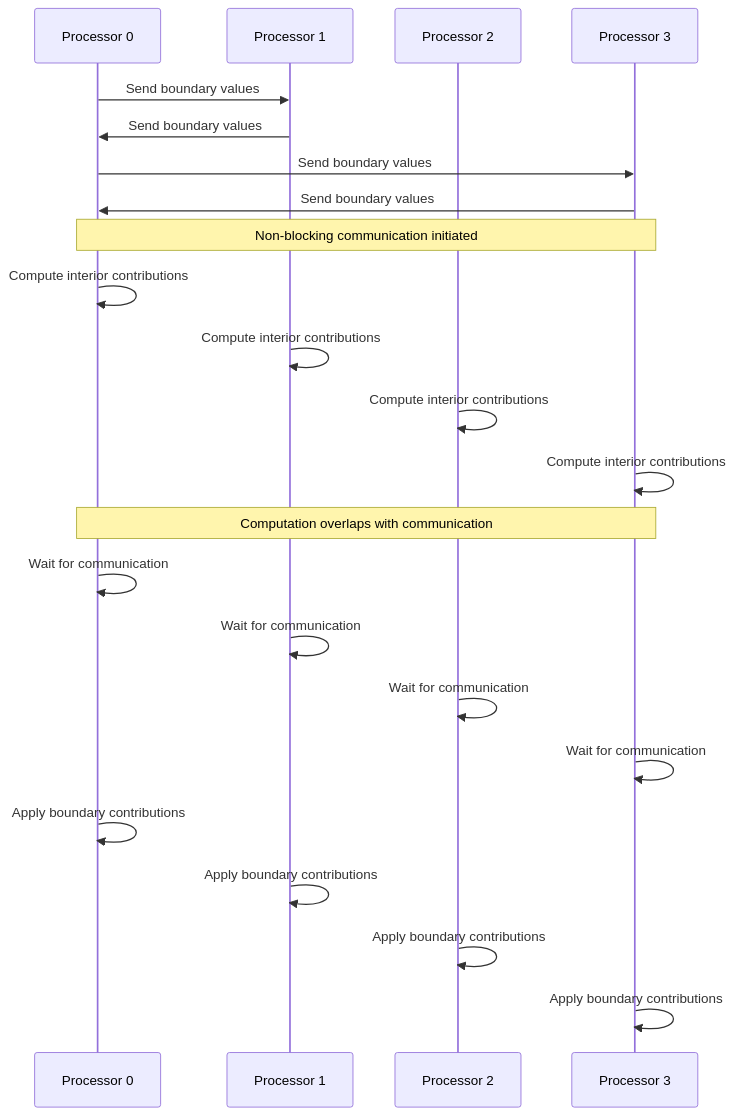
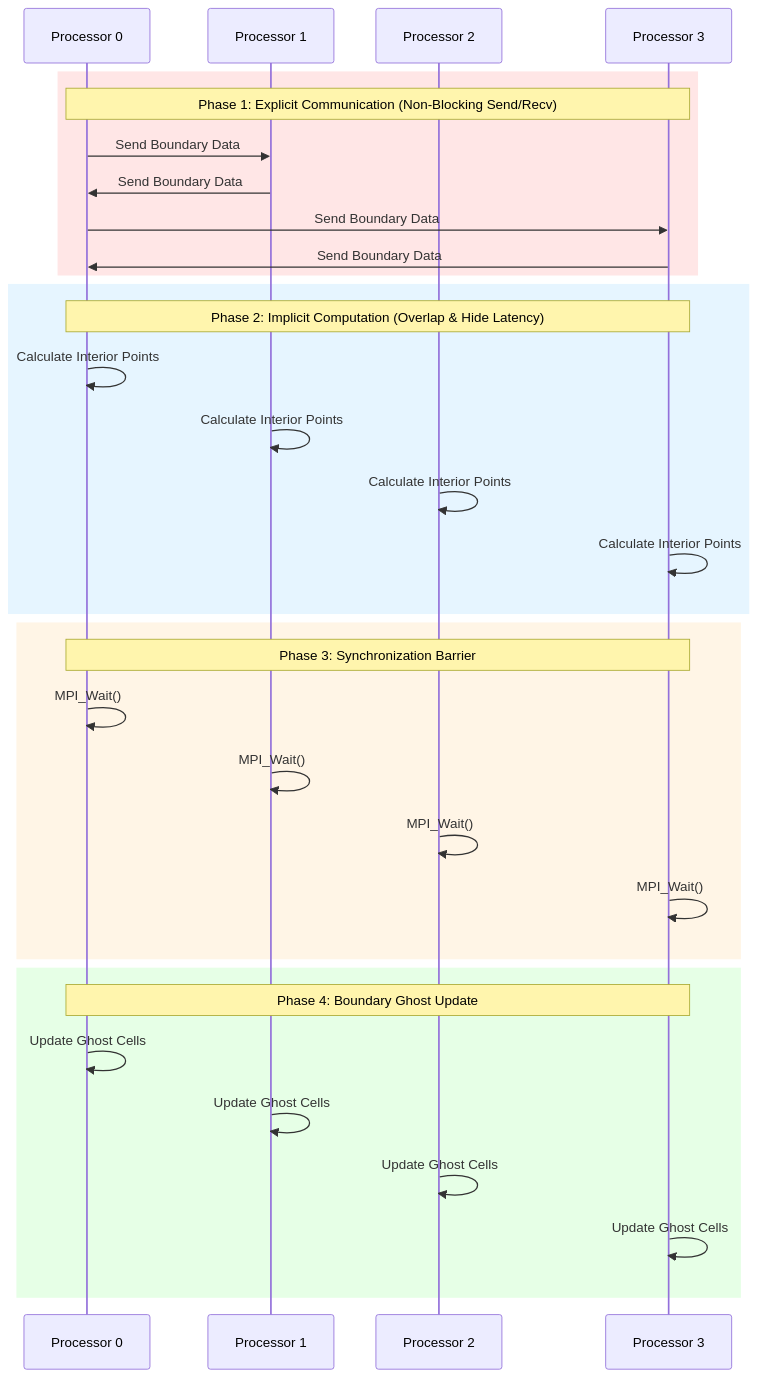
One commit to wramet/build-my-cfd changed the fourth of 5 diagrams in MODULE_05_OPENFOAM_PROGRAMMING/CONTENT/06_MATRICES_LINEARALGEBRA/05_Parallel_Linear_Algebra.md. Above: the diagram before and after it, drawn with Mermaid. The commit also changed other lines of this file and 313 other files, not shown here.

Commit message:
Revise all diagram

````diff
--- a/MODULE_05_OPENFOAM_PROGRAMMING/CONTENT/06_MATRICES_LINEARALGEBRA/05_Parallel_Linear_Algebra.md
+++ b/MODULE_05_OPENFOAM_PROGRAMMING/CONTENT/06_MATRICES_LINEARALGEBRA/05_Parallel_Linear_Algebra.md
@@ -759,31 +784,39 @@
 ```mermaid
 sequenceDiagram
-    participant P0 as Processor 0
-    participant P1 as Processor 1
-    participant P2 as Processor 2
-    participant P3 as Processor 3
+participant P0 as Processor 0
+participant P1 as Processor 1
+participant P2 as Processor 2
+participant P3 as Processor 3
 
-    P0->>P1: Send boundary values
-    P1->>P0: Send boundary values
-    P0->>P3: Send boundary values
-    P3->>P0: Send boundary values
+rect rgb(255, 230, 230)
+    Note over P0,P3: Phase 1: Explicit Communication (Non-Blocking Send/Recv)
+    P0->>P1: Send Boundary Data
+    P1->>P0: Send Boundary Data
+    P0->>P3: Send Boundary Data
+    P3->>P0: Send Boundary Data
+end
 
-    Note over P0,P3: Non-blocking communication initiated
+rect rgb(230, 245, 255)
+    Note over P0,P3: Phase 2: Implicit Computation (Overlap & Hide Latency)
+    P0->>P0: Calculate Interior Points
+    P1->>P1: Calculate Interior Points
+    P2->>P2: Calculate Interior Points
+    P3->>P3: Calculate Interior Points
+end
 
-    P0->>P0: Compute interior contributions
-    P1->>P1: Compute interior contributions
-    P2->>P2: Compute interior contributions
-    P3->>P3: Compute interior contributions
+rect rgb(255, 245, 230)
+    Note over P0,P3: Phase 3: Synchronization Barrier
+    P0->>P0: MPI_Wait()
+    P1->>P1: MPI_Wait()
+    P2->>P2: MPI_Wait()
+    P3->>P3: MPI_Wait()
+end
 
-    Note over P0,P3: Computation overlaps with communication
-
-    P0->>P0: Wait for communication
-    P1->>P1: Wait for communication
-    P2->>P2: Wait for communication
-    P3->>P3: Wait for communication
-
-    P0->>P0: Apply boundary contributions
-    P1->>P1: Apply boundary contributions
-    P2->>P2: Apply boundary contributions
-    P3->>P3: Apply boundary contributions
+rect rgb(230, 255, 230)
+    Note over P0,P3: Phase 4: Boundary Ghost Update
+    P0->>P0: Update Ghost Cells
+    P1->>P1: Update Ghost Cells
+    P2->>P2: Update Ghost Cells
+    P3->>P3: Update Ghost Cells
+end
 ```
````
